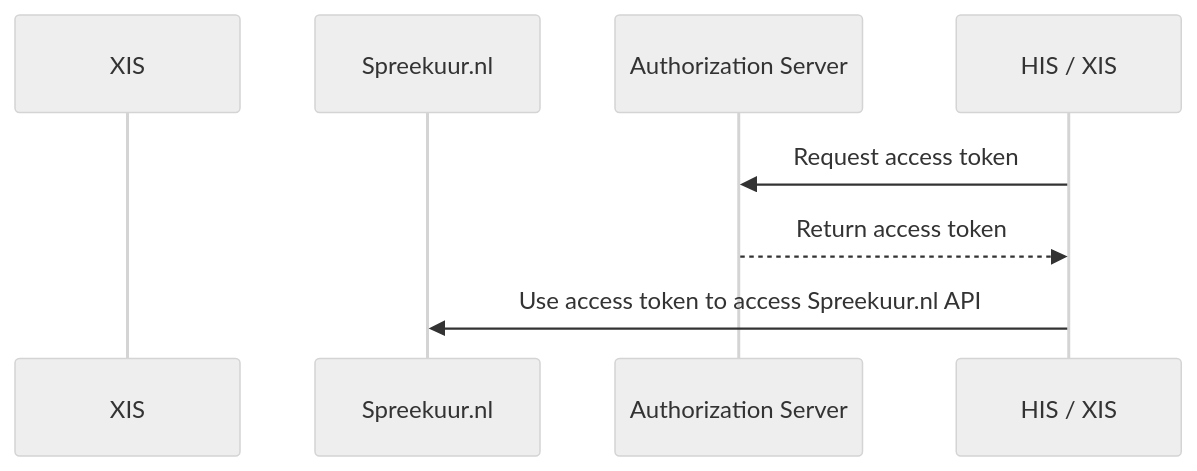
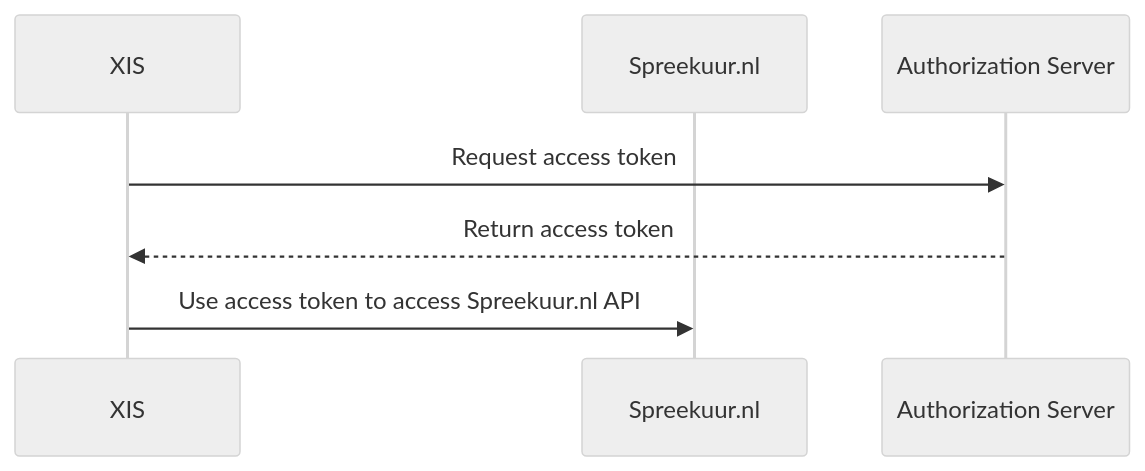
Before and after one commit to topicushealthcare/spreekuur-docs: the second of 2 diagrams in docs/authentication-and-multi-tenancy.md, drawn with Mermaid (neutral theme). The commit also changed other lines of this file and 5 other files, not shown here.

````diff
--- a/docs/authentication-and-multi-tenancy.md
+++ b/docs/authentication-and-multi-tenancy.md
@@ -32,9 +32,9 @@
 ```mermaid
 sequenceDiagram
     participant XIS
     participant Spreekuur.nl
     participant Authorization Server
-    HIS / XIS->>Authorization Server: Request access token
-    Authorization Server-->>HIS / XIS: Return access token
-    HIS / XIS->> Spreekuur.nl: Use access token to access Spreekuur.nl API
+    XIS->>Authorization Server: Request access token
+    Authorization Server-->> XIS: Return access token
+    XIS->> Spreekuur.nl: Use access token to access Spreekuur.nl API
 ```
````
